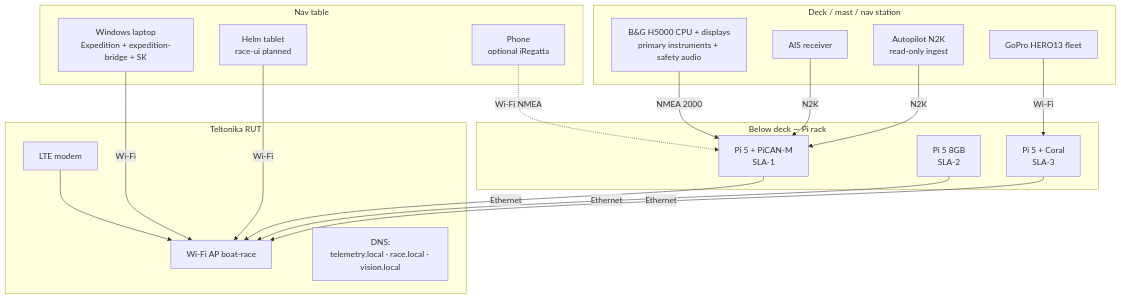
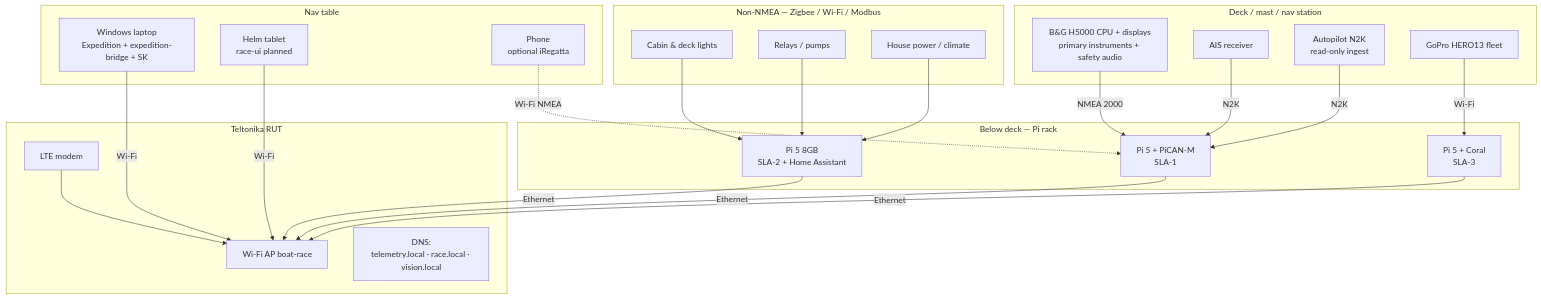
Before and after one commit to cognite-fholm/AI-sailing-system: the second of 14 diagrams in docs/SYSTEM_DIAGRAM.md, drawn with Mermaid. The commit also changed other lines of this file and 6 other files, not shown here.

First line of the commit message:
docs: add ADR-0035 Home Assistant for non-NMEA domotics

````diff
--- a/docs/SYSTEM_DIAGRAM.md
+++ b/docs/SYSTEM_DIAGRAM.md
@@ -77,39 +77,49 @@
 ```mermaid
 flowchart TB
   subgraph deck [Deck / mast / nav station]
     H5000[B&G H5000 CPU + displays\nprimary instruments + safety audio]
     AIS_RX[AIS receiver]
     AUTOPILOT[Autopilot N2K\nread-only ingest]
     GOPRO[GoPro HERO13 fleet]
   end
 
   subgraph nav_table [Nav table]
     LAPTOP[Windows laptop\nExpedition + expedition-bridge + SK]
     TABLET[Helm tablet\nrace-ui planned]
     PHONE[Phone\noptional iRegatta]
   end
 
   subgraph rack [Below deck — Pi rack]
     PICAN[Pi 5 + PiCAN-M\nSLA-1]
-    PI_RACE[Pi 5 8GB\nSLA-2]
+    PI_RACE[Pi 5 8GB\nSLA-2 + Home Assistant]
     PI_VIS[Pi 5 + Coral\nSLA-3]
   end
+
+  subgraph domotics [Non-NMEA — Zigbee / Wi‑Fi / Modbus]
+    LIGHTS[Cabin & deck lights]
+    RELAYS[Relays / pumps]
+    HOUSE[House power / climate]
+  end
+
+  LIGHTS --> PI_RACE
+  RELAYS --> PI_RACE
+  HOUSE --> PI_RACE
 
   subgraph network [Teltonika RUT]
     LTE[LTE modem]
     WIFI[Wi‑Fi AP boat-race]
     DNS[DNS:\ntelemetry.local · race.local · vision.local]
   end
 
   H5000 -->|NMEA 2000| PICAN
   AIS_RX -->|N2K| PICAN
   AUTOPILOT -->|N2K| PICAN
   PICAN -->|Ethernet| WIFI
   PI_RACE -->|Ethernet| WIFI
   PI_VIS -->|Ethernet| WIFI
   LAPTOP -->|Wi‑Fi| WIFI
   TABLET -->|Wi‑Fi| WIFI
   PHONE -.->|Wi‑Fi NMEA| PICAN
   GOPRO -->|Wi‑Fi| PI_VIS
   LTE --> WIFI
 ```
````
